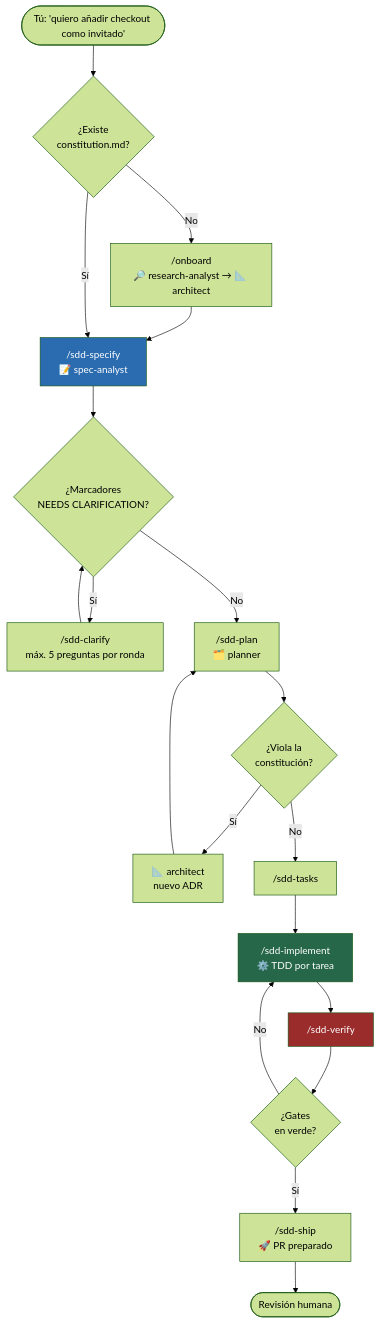
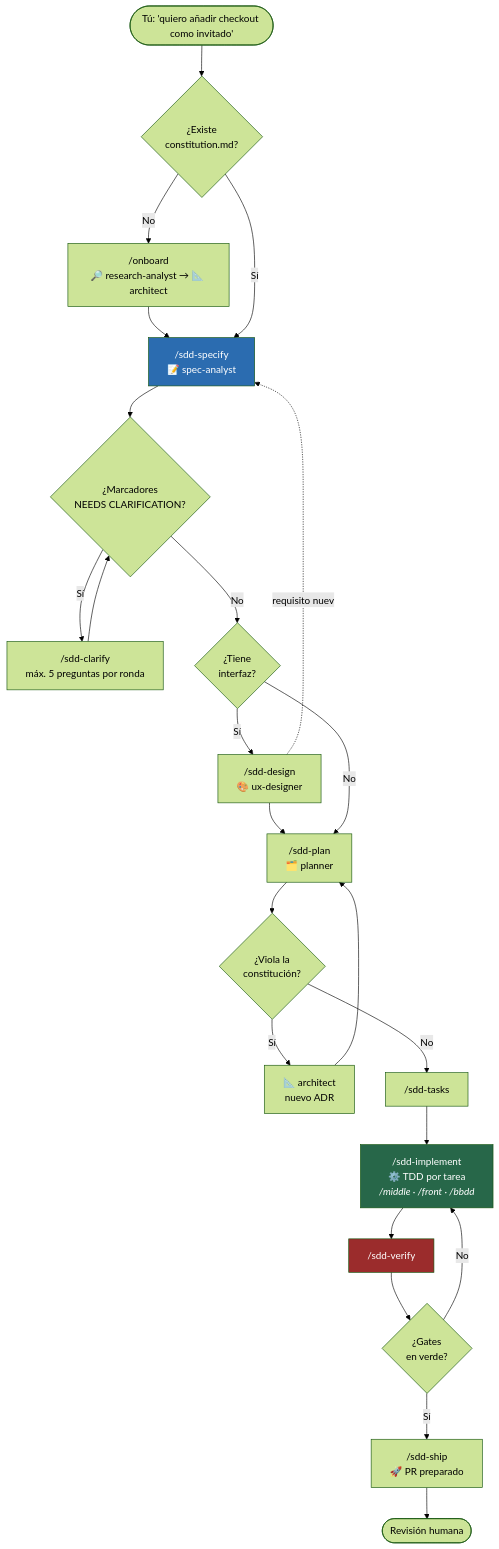
One commit to jechamo/Estructura_inicial_claude changed the third of 4 diagrams in README.md. Above: the diagram before and after it, drawn with Mermaid (forest theme). The commit also changed other lines of this file and 47 other files, not shown here.

````diff
--- a/README.md
+++ b/README.md
@@ -158,28 +162,32 @@
 ```mermaid
 flowchart TD
     U(["Tú: 'quiero añadir checkout como invitado'"]) --> Q{¿Existe<br/>constitution.md?}
     Q -->|No| ON["/onboard<br/>🔎 research-analyst → 📐 architect"]
     ON --> S
     Q -->|Sí| S["/sdd-specify<br/>📝 spec-analyst"]
 
     S --> C{¿Marcadores<br/>NEEDS CLARIFICATION?}
     C -->|Sí| CL["/sdd-clarify<br/>máx. 5 preguntas por ronda"]
     CL --> C
-    C -->|No| P["/sdd-plan<br/>🗂️ planner"]
+    C -->|No| UI{¿Tiene<br/>interfaz?}
+    UI -->|Sí| D["/sdd-design<br/>🎨 ux-designer"]
+    D --> P["/sdd-plan<br/>🗂️ planner"]
+    UI -->|No| P
+    D -.requisito nuevo.-> S
 
     P --> AR{¿Viola la<br/>constitución?}
     AR -->|Sí| ADR["📐 architect<br/>nuevo ADR"]
     ADR --> P
     AR -->|No| T["/sdd-tasks"]
 
-    T --> IM["/sdd-implement<br/>⚙️ TDD por tarea"]
+    T --> IM["/sdd-implement<br/>⚙️ TDD por tarea<br/><i>/middle · /front · /bbdd</i>"]
     IM --> V["/sdd-verify"]
     V --> G{¿Gates<br/>en verde?}
     G -->|No| IM
     G -->|Sí| SH["/sdd-ship<br/>🚀 PR preparado"]
     SH --> H([Revisión humana])
 
     style S fill:#2b6cb0,color:#fff
     style IM fill:#276749,color:#fff
     style V fill:#9b2c2c,color:#fff
 ```
````
